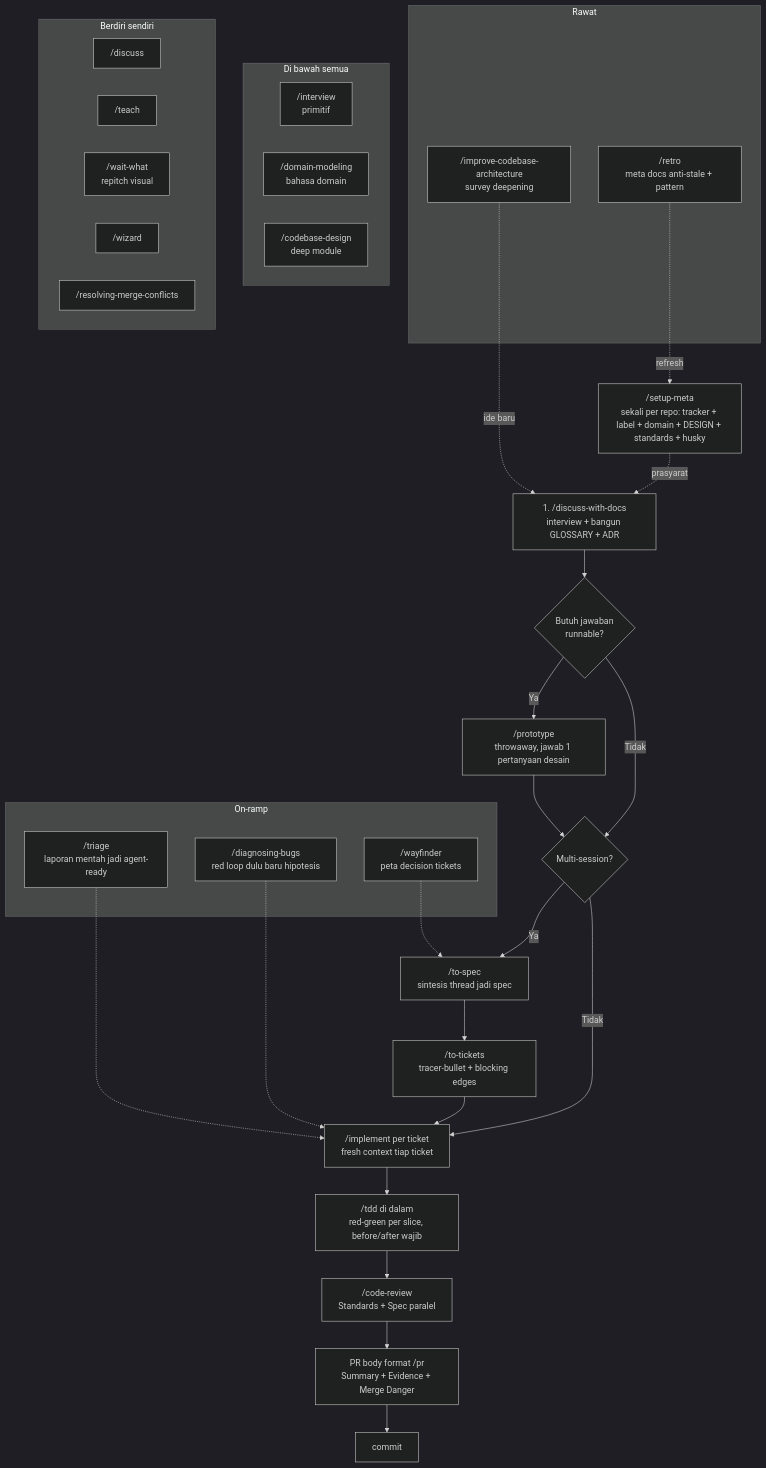
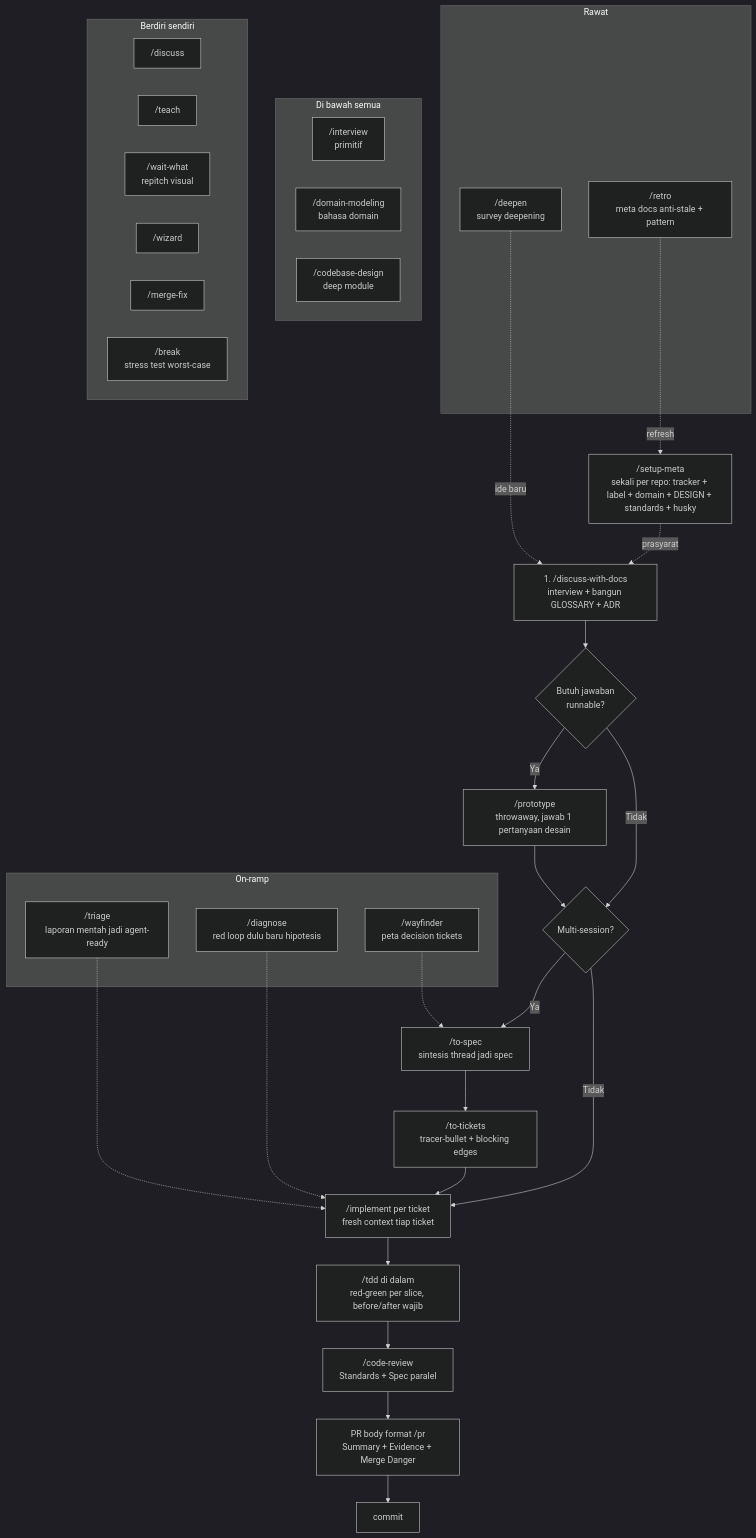
The diagram in scratch/flow.md (TudeOrangBiasa/skills-for-agents), drawn with Mermaid (dark theme) before and after one commit. The commit also changed other lines of this file, not shown here.

Commit message:
Auto-save: Updated scratch/flow.md

````diff
--- a/scratch/flow.md
+++ b/scratch/flow.md
@@ -13,50 +13,51 @@
 ```mermaid
 flowchart TD
     SETUP["/setup-meta<br/>sekali per repo: tracker + label + domain + DESIGN + standards + husky"]
 
     SETUP -. prasyarat .-> GRILL
     GRILL["1. /discuss-with-docs<br/>interview + bangun GLOSSARY + ADR"]
     GRILL --> QPROTO{"Butuh jawaban<br/>runnable?"}
     QPROTO -- Ya --> PROTO["/prototype<br/>throwaway, jawab 1 pertanyaan desain"]
     PROTO --> QSIZE
     QPROTO -- Tidak --> QSIZE{"Multi-session?"}
     QSIZE -- Ya --> SPEC["/to-spec<br/>sintesis thread jadi spec"]
     SPEC --> TICKETS["/to-tickets<br/>tracer-bullet + blocking edges"]
     TICKETS --> IMPL["/implement per ticket<br/>fresh context tiap ticket"]
     QSIZE -- Tidak --> IMPL
 
     IMPL --> TDD["/tdd di dalam<br/>red-green per slice, before/after wajib"]
     TDD --> REVIEW["/code-review<br/>Standards + Spec paralel"]
     REVIEW --> PRB["PR body format /pr<br/>Summary + Evidence + Merge Danger"]
     PRB --> COMMIT["commit"]
 
     subgraph ONRAMP["On-ramp"]
         TRIAGE["/triage<br/>laporan mentah jadi agent-ready"]
-        DIAG["/diagnosing-bugs<br/>red loop dulu baru hipotesis"]
+        DIAG["/diagnose<br/>red loop dulu baru hipotesis"]
         WAY["/wayfinder<br/>peta decision tickets"]
     end
     TRIAGE -.-> IMPL
     DIAG -.-> IMPL
     WAY -.-> SPEC
 
     subgraph UPKEEP["Rawat"]
-        IMPROVE["/improve-codebase-architecture<br/>survey deepening"]
+        IMPROVE["/deepen<br/>survey deepening"]
         RETRO["/retro<br/>meta docs anti-stale + pattern"]
     end
     IMPROVE -. "ide baru" .-> GRILL
     RETRO -. "refresh" .-> SETUP
 
     subgraph VOCAB["Di bawah semua"]
         INT["/interview<br/>primitif"]
         DM["/domain-modeling<br/>bahasa domain"]
         CD["/codebase-design<br/>deep module"]
     end
 
     subgraph STAND["Berdiri sendiri"]
         D["/discuss"]
         T["/teach"]
         W["/wait-what<br/>repitch visual"]
         WZ["/wizard"]
-        RMC["/resolving-merge-conflicts"]
+        RMC["/merge-fix"]
+        BRK["/break<br/>stress test worst-case"]
     end
 ```
````
